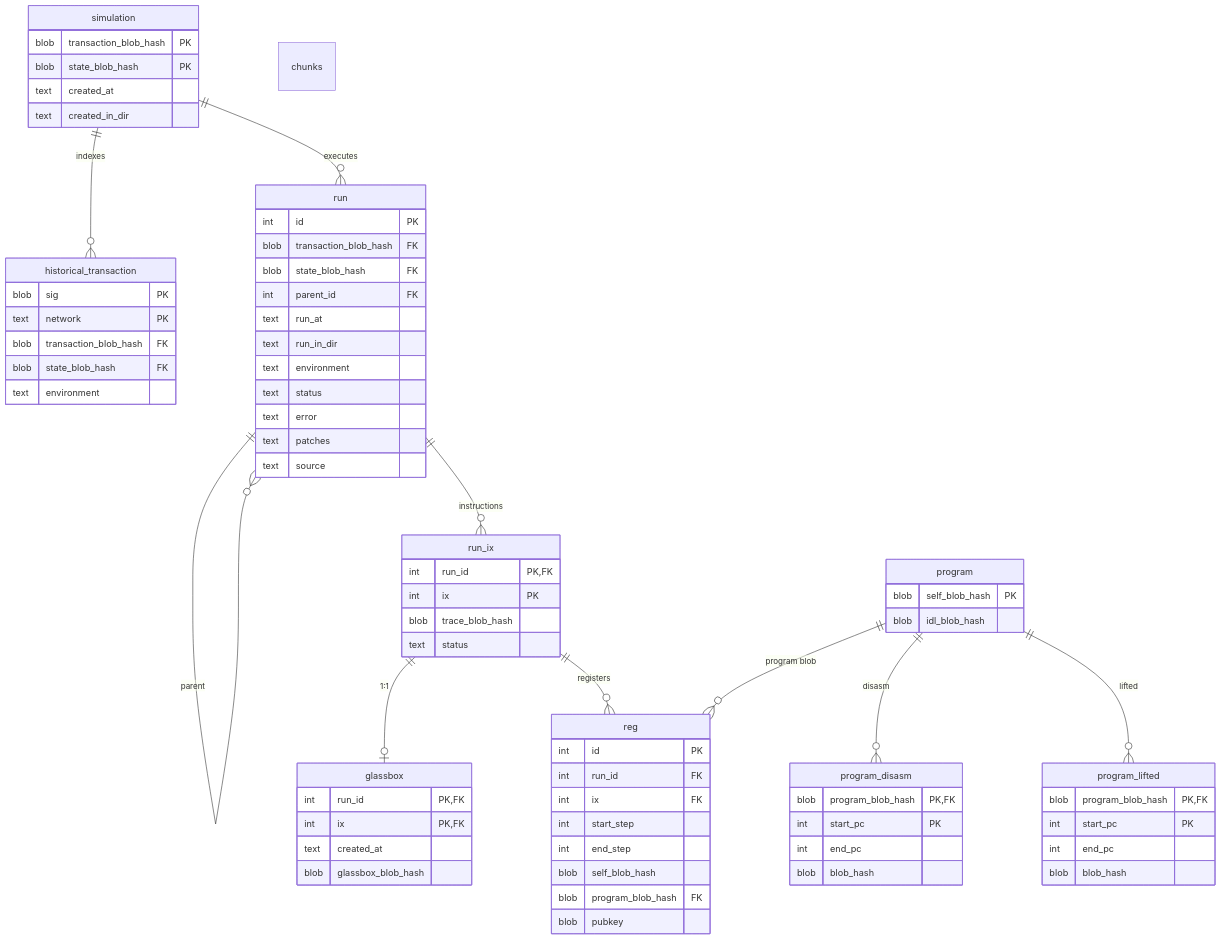
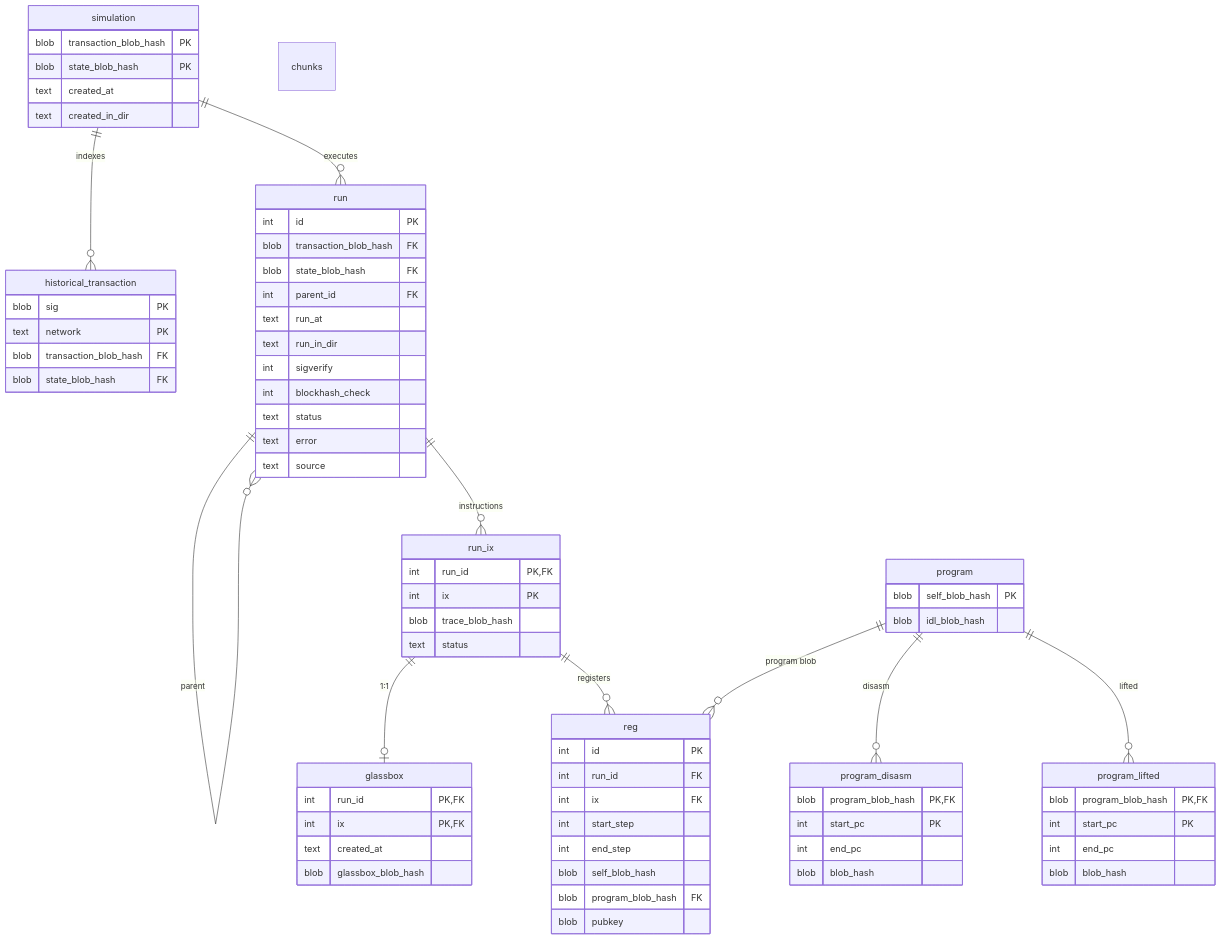
The diagram in storage/README.md (SeerApp/seer), drawn with Mermaid before and after one commit. The commit also changed 31 other files, not shown here.

```diff
--- a/storage/README.md
+++ b/storage/README.md
@@ -16,7 +16,6 @@
         text network PK
         blob transaction_blob_hash FK
         blob state_blob_hash FK
-        text environment
     }
 
     run {
@@ -26,10 +25,10 @@
         int parent_id FK
         text run_at
         text run_in_dir
-        text environment
+        int sigverify
+        int blockhash_check
         text status
         text error
-        text patches
         text source
     }
 
```
